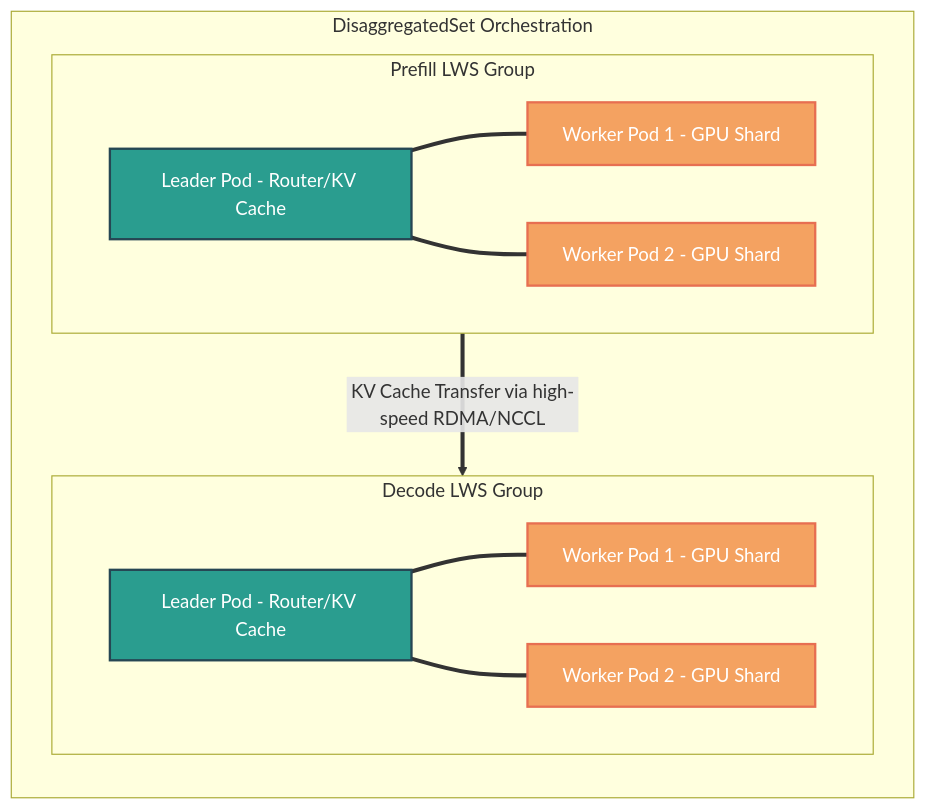
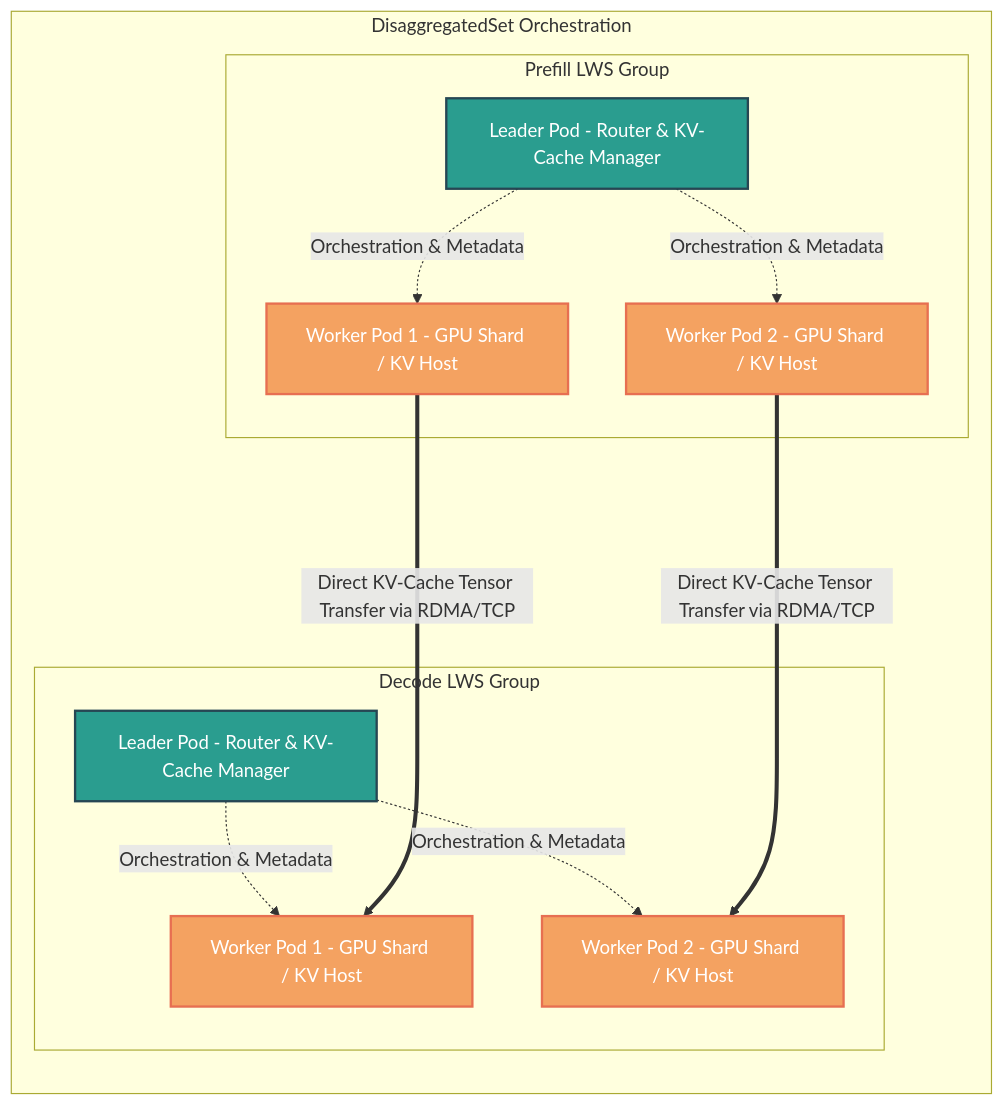
One commit to danniel1205/tech-notes changed the first of 2 diagrams in k8s/explore-leaderworkerset/readme.md. Above: the diagram before and after it, drawn with Mermaid. The commit also changed other lines of this file, not shown here.

Commit message:
add request flow

````diff
--- a/k8s/explore-leaderworkerset/readme.md
+++ b/k8s/explore-leaderworkerset/readme.md
@@ -20,23 +20,31 @@
 ```mermaid
 graph TD
     subgraph DisaggregatedSet [DisaggregatedSet Orchestration]
         direction TB
-        subgraph PrefillRole [Prefill LWS Group]
-            L1[Leader Pod - Router/KV Cache] === W1_1[Worker Pod 1 - GPU Shard]
-            L1 === W1_2[Worker Pod 2 - GPU Shard]
-        end
-        subgraph DecodeRole [Decode LWS Group]
-            L2[Leader Pod - Router/KV Cache] === W2_1[Worker Pod 1 - GPU Shard]
-            L2 === W2_2[Worker Pod 2 - GPU Shard]
+        
+        subgraph PrefillGroup [Prefill LWS Group]
+            L1[Leader Pod - Router & KV-Cache Manager]
+            W1_1[Worker Pod 1 - GPU Shard / KV Host]
+            W1_2[Worker Pod 2 - GPU Shard / KV Host]
+            L1 -.->|Orchestration & Metadata| W1_1
+            L1 -.->|Orchestration & Metadata| W1_2
         end
         
-        PrefillRole ==>|KV Cache Transfer via high-speed RDMA/NCCL| DecodeRole
+        subgraph DecodeGroup [Decode LWS Group]
+            L2[Leader Pod - Router & KV-Cache Manager]
+            W2_1[Worker Pod 1 - GPU Shard / KV Host]
+            W2_2[Worker Pod 2 - GPU Shard / KV Host]
+            L2 -.->|Orchestration & Metadata| W2_1
+            L2 -.->|Orchestration & Metadata| W2_2
+        end
+
+        W1_1 ====>|Direct KV-Cache Tensor Transfer via RDMA/TCP| W2_1
+        W1_2 ====>|Direct KV-Cache Tensor Transfer via RDMA/TCP| W2_2
     end
 
     classDef leader fill:#2a9d8f,stroke:#264653,stroke-width:2px,color:#fff;
     classDef worker fill:#f4a261,stroke:#e76f51,stroke-width:2px,color:#fff;
-    classDef lws fill:#e9c46a,stroke:#f4a261,stroke-width:2px,stroke-dasharray: 5 5;
     
     class L1,L2 leader;
     class W1_1,W1_2,W2_1,W2_2 worker;
 ```
````
